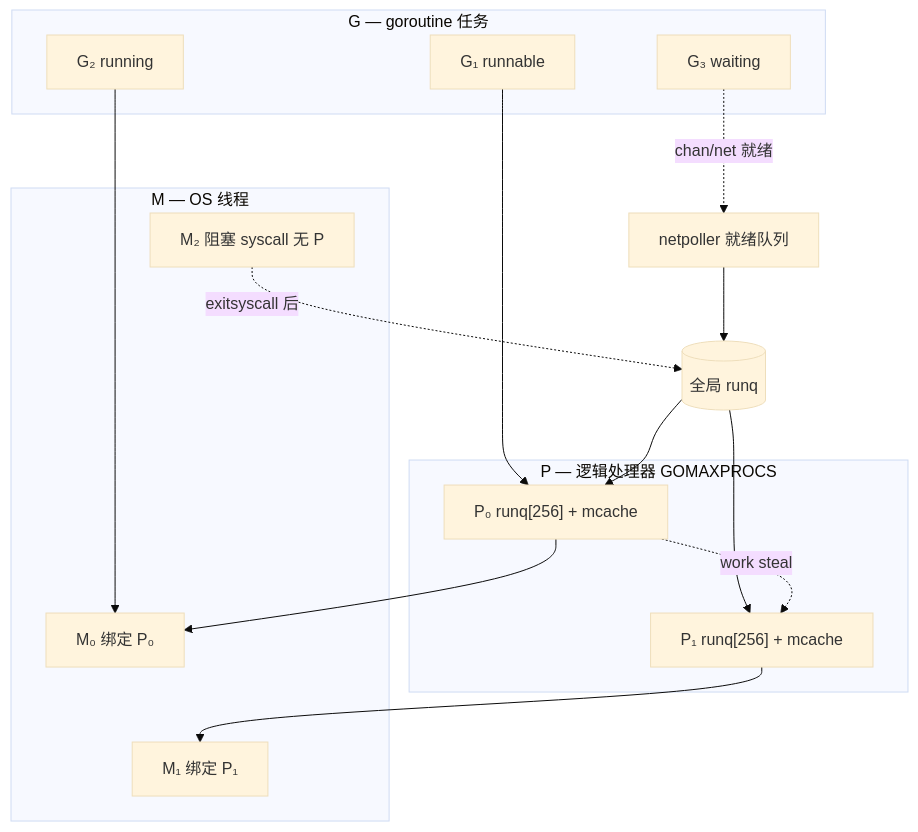
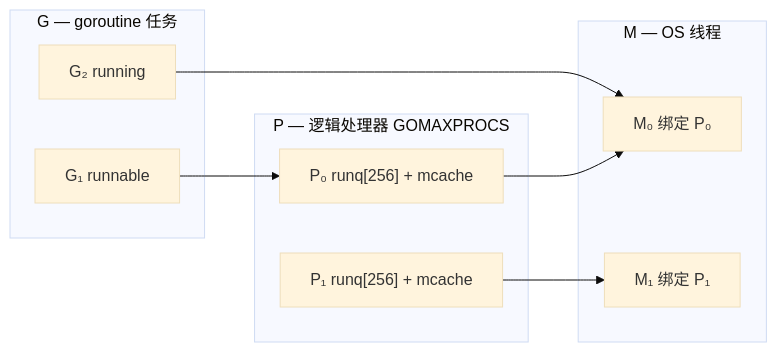
The first of 9 diagrams in docs/interview/01-runtime-concurrency/S-CONC-01-gmp-overview.md (twodog-tt/Golang-development-manual), drawn with Mermaid (base theme) before and after one commit. The commit also changed other lines of this file and 15 other files, not shown here.

Commit message:
feat: add interactive Mermaid viewer

````diff
--- a/docs/interview/01-runtime-concurrency/S-CONC-01-gmp-overview.md
+++ b/docs/interview/01-runtime-concurrency/S-CONC-01-gmp-overview.md
@@ -36,30 +38,20 @@
 ```mermaid
-flowchart TB
+flowchart LR
   subgraph Goroutines[G — goroutine 任务]
     G1[G₁ runnable]
     G2[G₂ running]
-    G3[G₃ waiting]
   end
   subgraph Processors[P — 逻辑处理器 GOMAXPROCS]
     P0["P₀ runq[256] + mcache"]
     P1["P₁ runq[256] + mcache"]
   end
   subgraph Machines[M — OS 线程]
     M0[M₀ 绑定 P₀]
     M1[M₁ 绑定 P₁]
-    M2[M₂ 阻塞 syscall 无 P]
   end
-  GlobalQ[(全局 runq)]
-  Netpoll[netpoller 就绪队列]
 
   G1 --> P0
   G2 --> M0
-  G3 -.->|chan/net 就绪| Netpoll
-  Netpoll --> GlobalQ
-  GlobalQ --> P0
-  GlobalQ --> P1
   P0 --> M0
   P1 --> M1
-  P0 -.->|work steal| P1
-  M2 -.->|exitsyscall 后| GlobalQ
 ```
````
